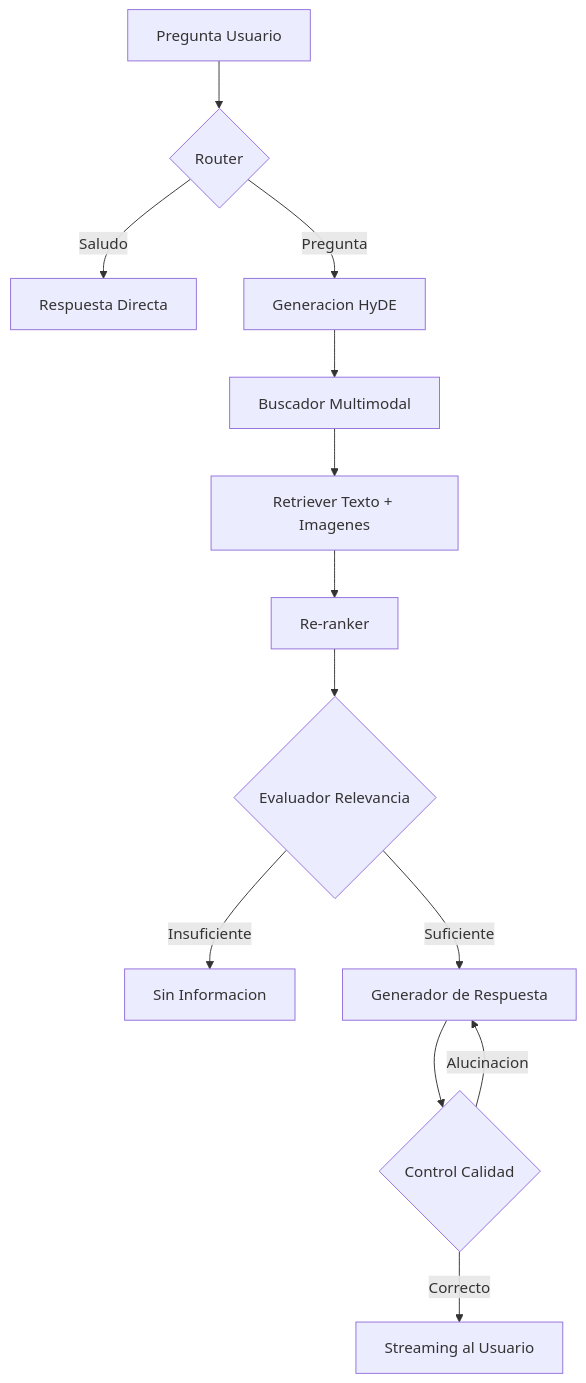
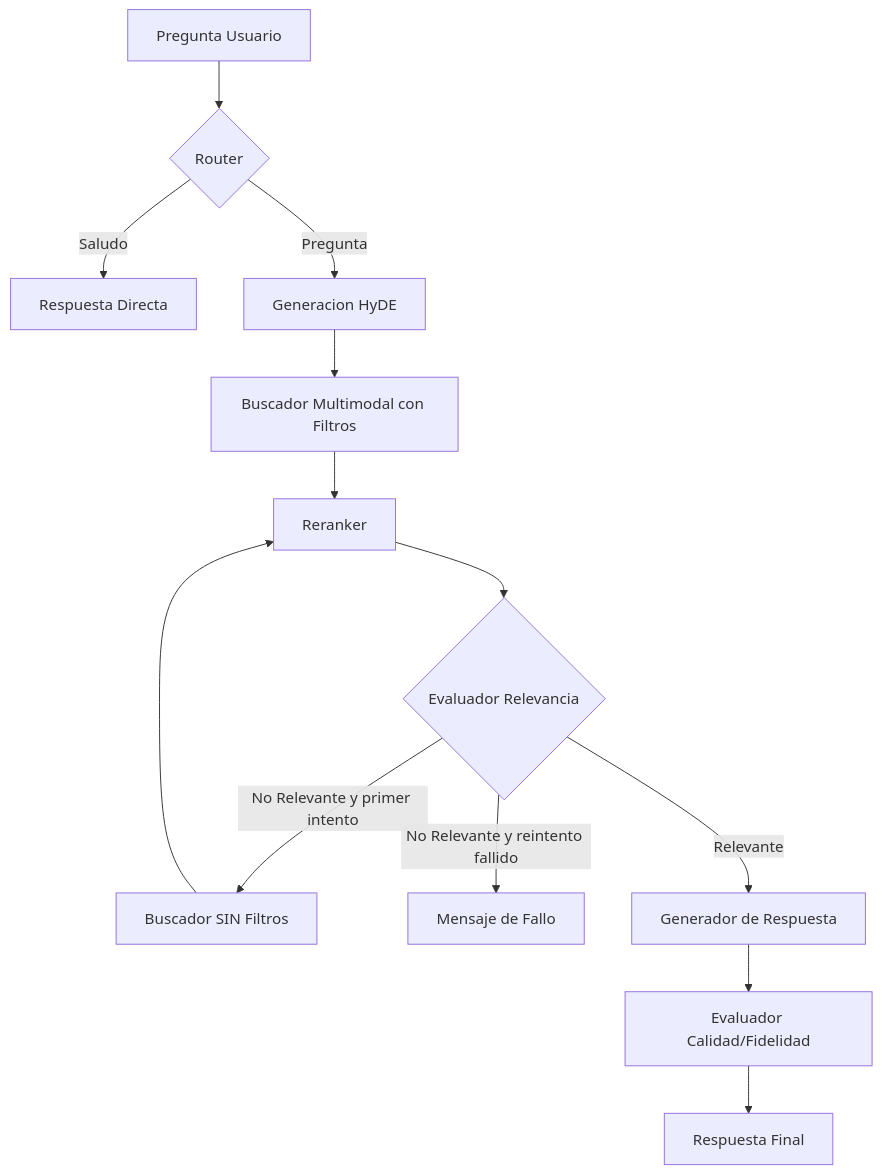
The diagram in README.md (iratisimon/aba-rag), drawn with Mermaid before and after one commit. The commit also changed other lines of this file and 3 other files, not shown here.

````diff
--- a/README.md
+++ b/README.md
@@ -51,15 +51,15 @@
 ```mermaid
 graph TD
     A[Pregunta Usuario] --> B{Router}
     B -- Saludo --> C[Respuesta Directa]
     B -- Pregunta --> D[Generacion HyDE]
-    D --> E[Buscador Multimodal]
-    E --> F[Retriever Texto + Imagenes]
-    F --> G[Re-ranker]
-    G --> H{Evaluador Relevancia}
-    H -- Insuficiente --> I[Sin Informacion]
-    H -- Suficiente --> J[Generador de Respuesta]
-    J --> K{Control Calidad}
-    K -- Alucinacion --> J
-    K -- Correcto --> L[Streaming al Usuario]
+    D --> E[Buscador Multimodal con Filtros]
+    E --> F[Reranker]
+    F --> G{Evaluador Relevancia}
+    G -- No Relevante y primer intento --> H[Buscador SIN Filtros]
+    H --> F
+    G -- No Relevante y reintento fallido --> I[Mensaje de Fallo]
+    G -- Relevante --> J[Generador de Respuesta]
+    J --> K[Evaluador Calidad/Fidelidad]
+    K --> L[Respuesta Final]
 ```
````
